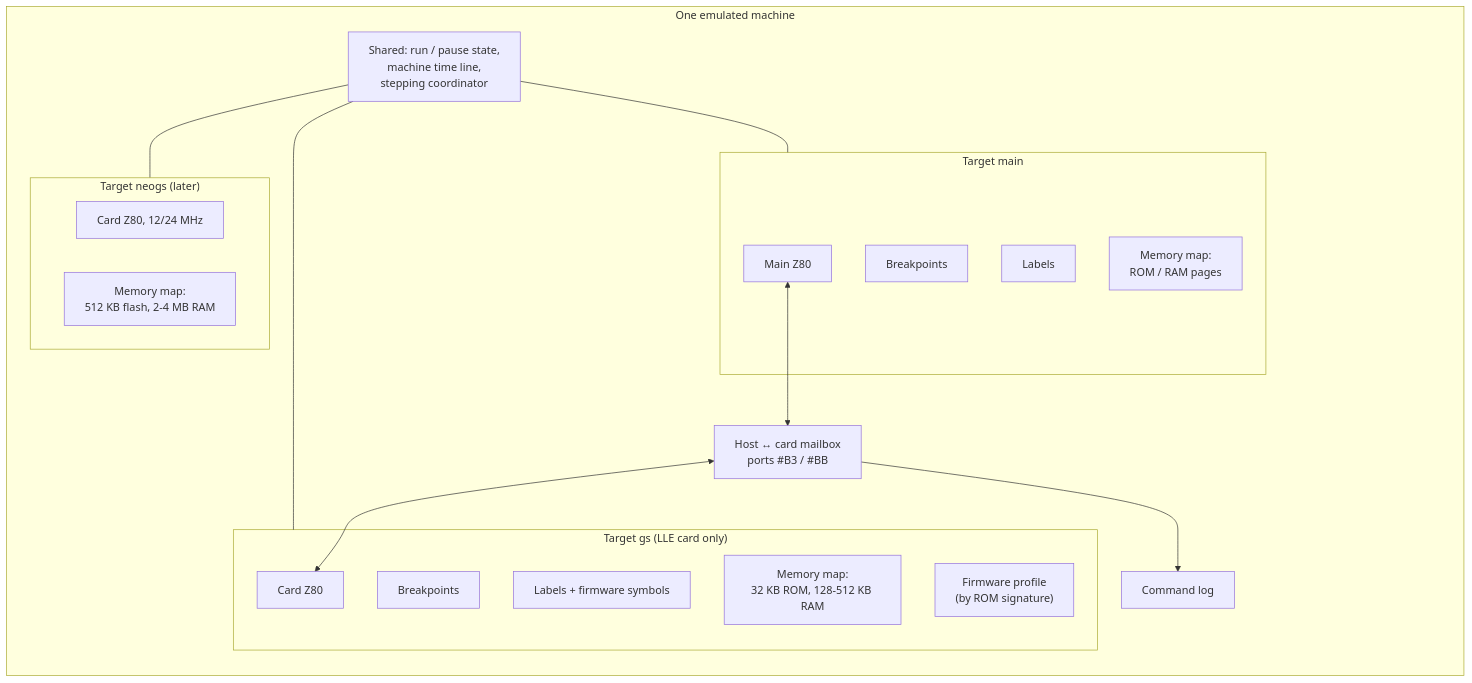
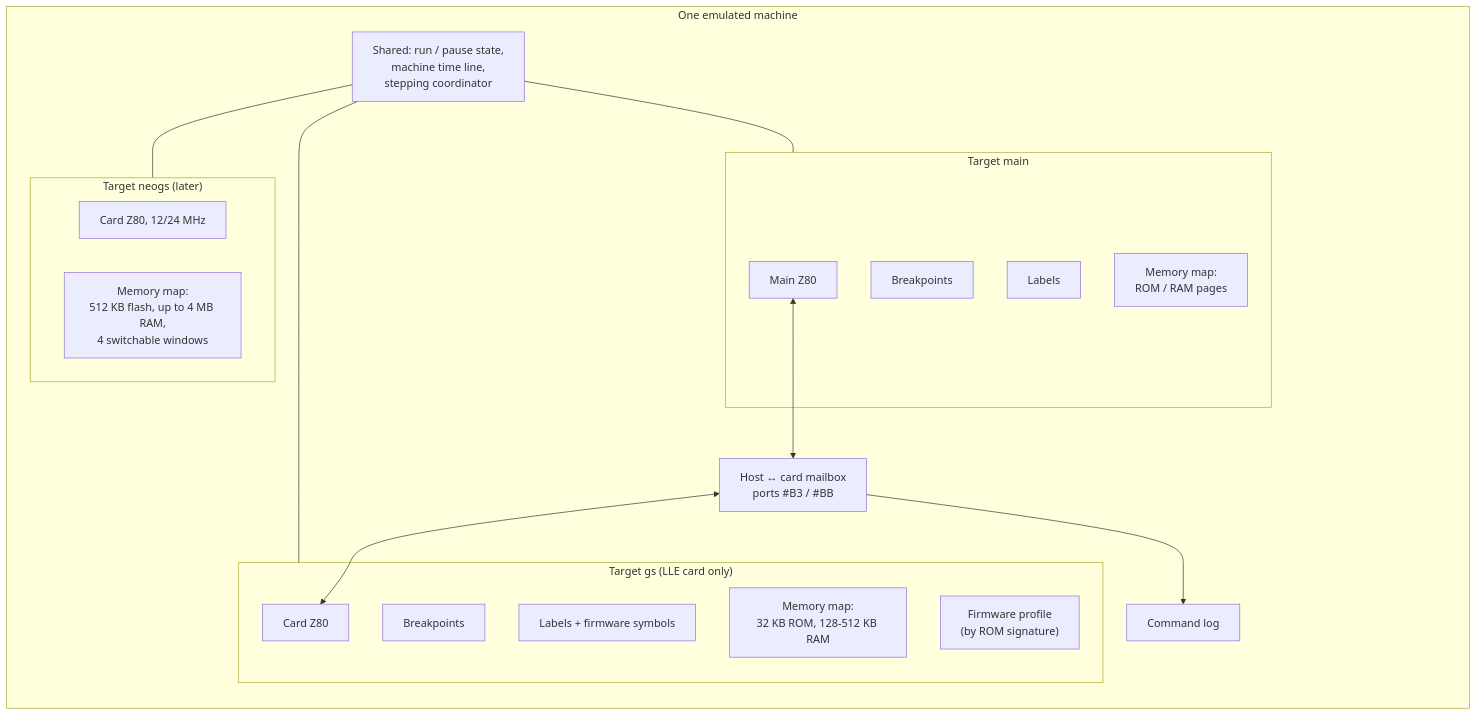
The second of 5 diagrams in docs/inprogress/2026-09-27-gs-debugger/requirements.md (alfishe/unreal-ng), drawn with Mermaid before and after one commit. The commit also changed other lines of this file and 1 other file, not shown here.

````diff
--- a/docs/inprogress/2026-09-27-gs-debugger/requirements.md
+++ b/docs/inprogress/2026-09-27-gs-debugger/requirements.md
@@ -151,32 +152,32 @@
 ```mermaid
 flowchart TB
     subgraph Machine["One emulated machine"]
         direction TB
         Pause["Shared: run / pause state,<br/>machine time line,<br/>stepping coordinator"]
         subgraph Main["Target main"]
             MCPU["Main Z80"]
             MBP["Breakpoints"]
             MLB["Labels"]
             MMEM["Memory map:<br/>ROM / RAM pages"]
         end
         subgraph GS["Target gs (LLE card only)"]
             GCPU["Card Z80"]
             GBP["Breakpoints"]
             GLB["Labels + firmware symbols"]
             GMEM["Memory map:<br/>32 KB ROM, 128-512 KB RAM"]
             GFW["Firmware profile<br/>(by ROM signature)"]
         end
         subgraph NGS["Target neogs (later)"]
             NCPU["Card Z80, 12/24 MHz"]
-            NMEM["Memory map:<br/>512 KB flash, 2-4 MB RAM"]
+            NMEM["Memory map:<br/>512 KB flash, up to 4 MB RAM,<br/>4 switchable windows"]
         end
         Mailbox["Host ↔ card mailbox<br/>ports #B3 / #BB"]
         Log["Command log"]
     end
     Pause --- Main
     Pause --- GS
     Pause --- NGS
     MCPU <--> Mailbox
     Mailbox <--> GCPU
     Mailbox --> Log
 ```
````
